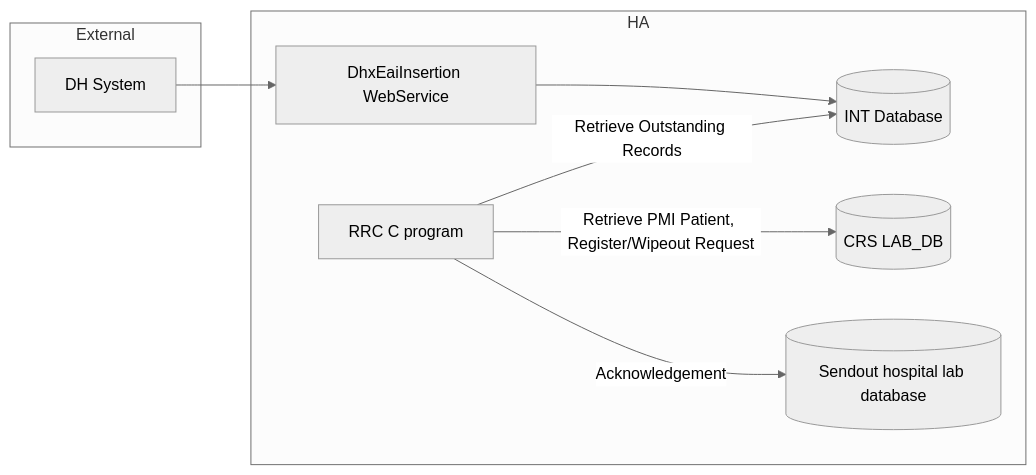
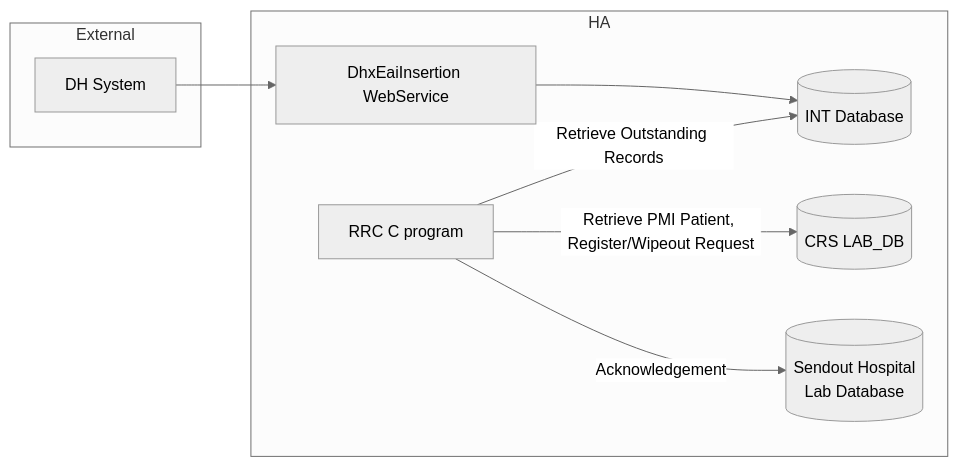
The second of 3 diagrams in LIS/JIRA/Develop cloud application `lis-dhx-rrc-svc` to replace the legacy RRC worker and support dynamic Sybase-PostgreSQL database connectivity during DB migration.md (DragonChong/HA-Notes), drawn with Mermaid (neutral theme) before and after one commit.

Commit message:
vault backup: 2026-07-20 15:24:08

````diff
--- a/LIS/JIRA/Develop cloud application `lis-dhx-rrc-svc` to replace the legacy RRC worker and support dynamic Sybase-PostgreSQL database connectivity during DB migration.md
+++ b/LIS/JIRA/Develop cloud application `lis-dhx-rrc-svc` to replace the legacy RRC worker and support dynamic Sybase-PostgreSQL database connectivity during DB migration.md
@@ -141,17 +141,17 @@
 ```mermaid
 flowchart LR
     subgraph External["External"]
         DH["DH System"]
     end
     subgraph HA["HA"]
         WS["DhxEaiInsertion WebService"]
         INT_DB[("INT Database")]
         C_RRC["RRC C program"]
         CRS_DB[("CRS LAB_DB")]
-        HOSP_DB[("Sendout hospital lab database")]
+        HOSP_DB[("Sendout Hospital<br>Lab Database")]
     end
     DH --> WS --> INT_DB
     C_RRC -- Retrieve Outstanding Records --> INT_DB
     C_RRC -- Retrieve PMI Patient, Register/Wipeout Request--> CRS_DB
     C_RRC -- Acknowledgement--> HOSP_DB
 ```
````
